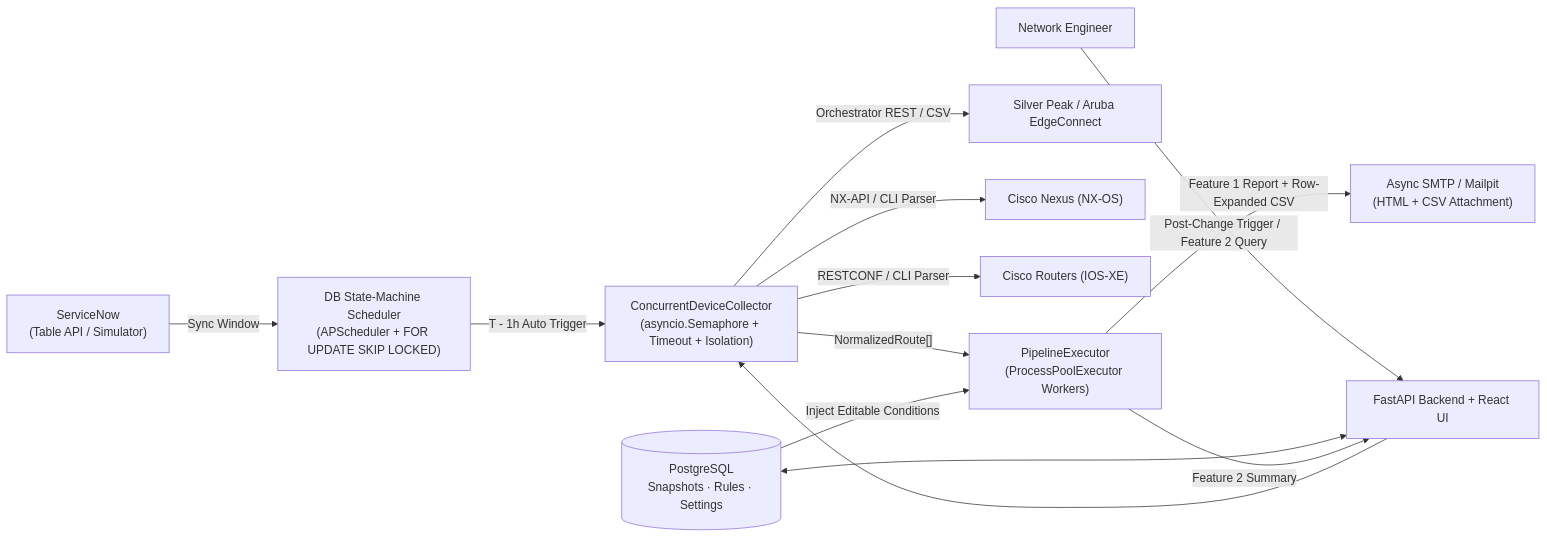
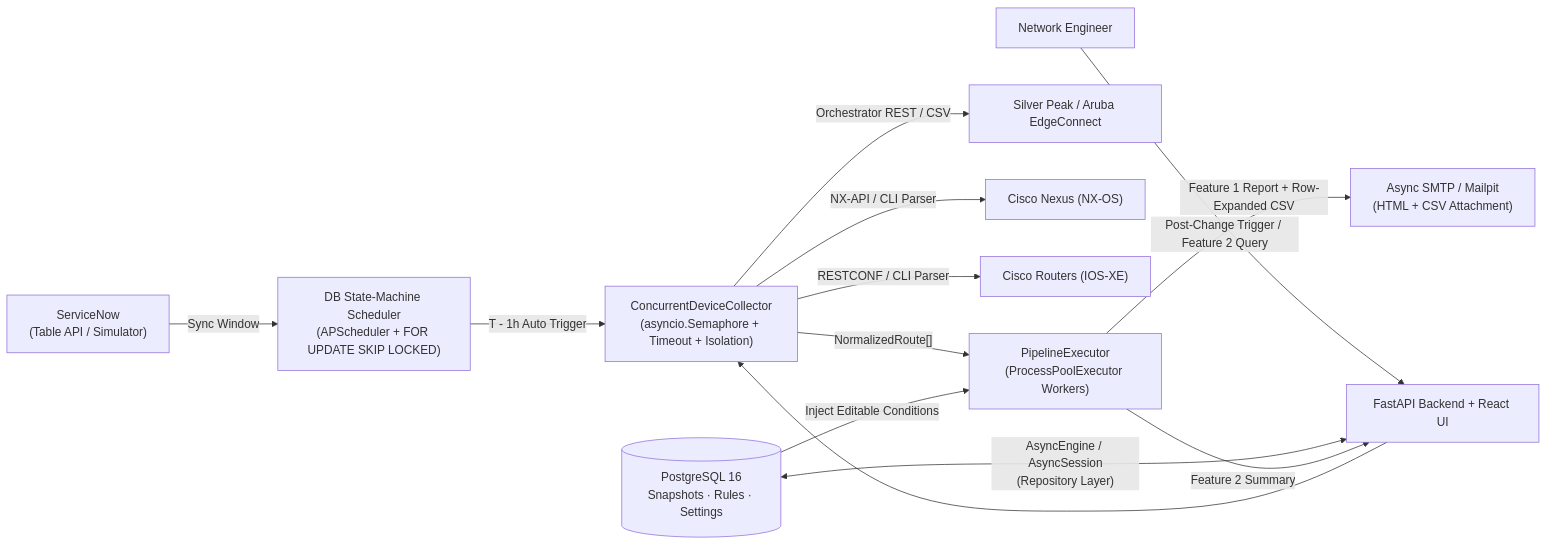
Before and after one commit to aitidog/netroute_guardian: the first of 3 diagrams in doc/design-proposal.md, drawn with Mermaid. The commit also changed other lines of this file and 3 other files, not shown here.

````diff
--- a/doc/design-proposal.md
+++ b/doc/design-proposal.md
@@ -12,18 +12,18 @@
 ```mermaid
 flowchart LR
     SNOW["ServiceNow<br/>(Table API / Simulator)"] -->|"Sync Window"| Sched["DB State-Machine Scheduler<br/>(APScheduler + FOR UPDATE SKIP LOCKED)"]
     Sched -->|"T - 1h Auto Trigger"| Collect["ConcurrentDeviceCollector<br/>(asyncio.Semaphore + Timeout + Isolation)"]
     Eng["Network Engineer"] -->|"Post-Change Trigger / Feature 2 Query"| API["FastAPI Backend + React UI"]
     API --> Collect
 
     Collect -->|"Orchestrator REST / CSV"| EC["Silver Peak / Aruba EdgeConnect"]
     Collect -->|"NX-API / CLI Parser"| NX["Cisco Nexus (NX-OS)"]
     Collect -->|"RESTCONF / CLI Parser"| IOS["Cisco Routers (IOS-XE)"]
 
     Collect -->|"NormalizedRoute[]"| Pool["PipelineExecutor<br/>(ProcessPoolExecutor Workers)"]
-    Rules[("PostgreSQL<br/>Snapshots · Rules · Settings")] <--> API
+    Rules[("PostgreSQL 16<br/>Snapshots · Rules · Settings")] <-->|"AsyncEngine / AsyncSession<br/>(Repository Layer)"| API
     Rules -->|"Inject Editable Conditions"| Pool
 
     Pool -->|"Feature 1 Report + Row-Expanded CSV"| Mail["Async SMTP / Mailpit<br/>(HTML + CSV Attachment)"]
     Pool -->|"Feature 2 Summary"| API
 ```
````
